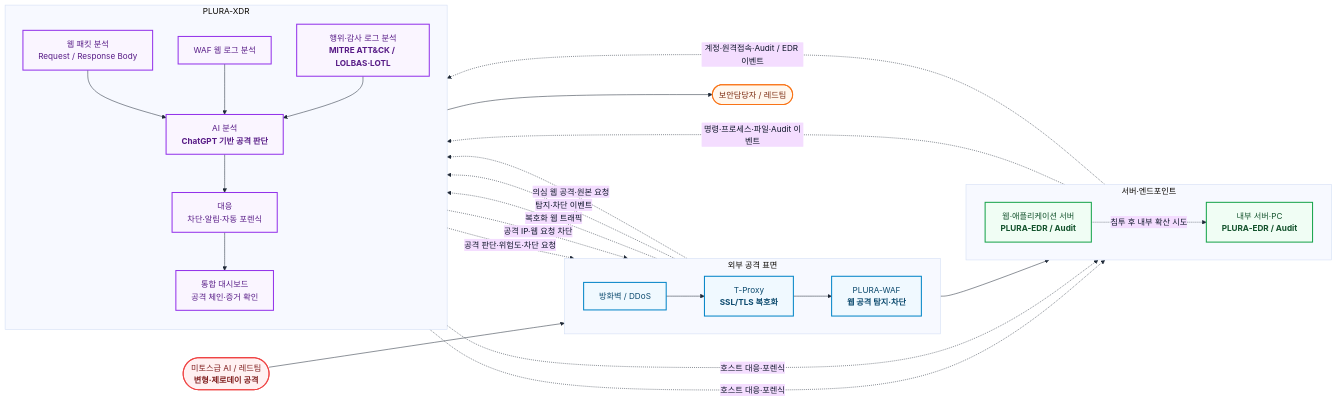
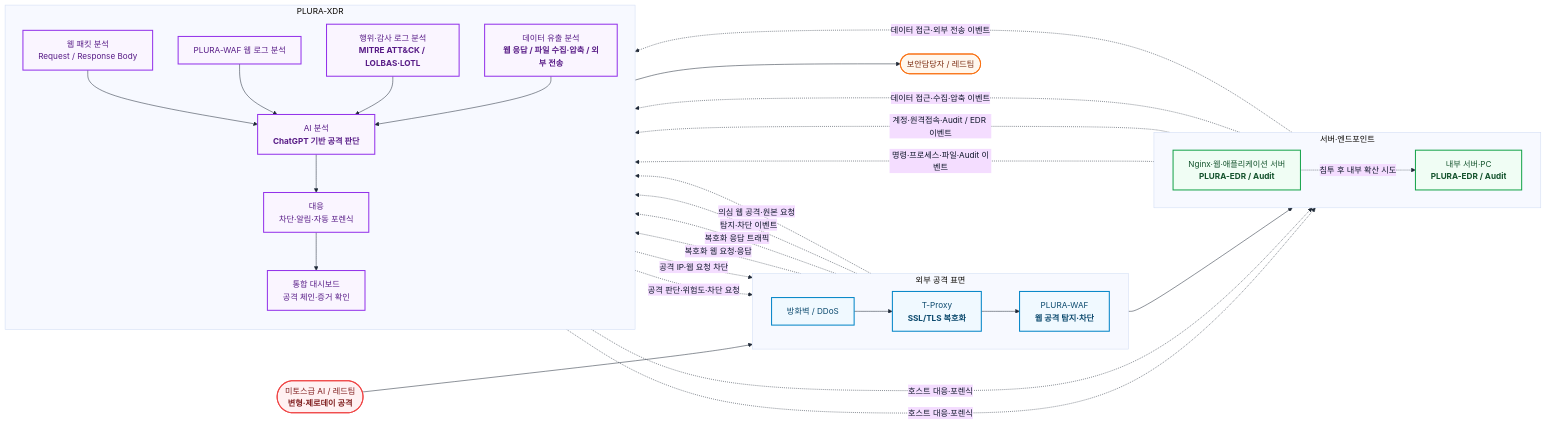
The first of 5 diagrams in ko/proposal/lg/poc-full.md (qubitsec/plura), drawn with Mermaid before and after one commit. The commit also changed other lines of this file, not shown here.

````diff
--- a/ko/proposal/lg/poc-full.md
+++ b/ko/proposal/lg/poc-full.md
@@ -25,74 +29,80 @@
 ```mermaid
 %%{init: {
   "theme": "base",
   "themeVariables": {
     "fontFamily": "Pretendard, Noto Sans KR, Arial",
     "background": "#ffffff",
     "primaryTextColor": "#0f172a",
     "lineColor": "#1f2937"
   }
 }}%%
 
 flowchart LR
 
     ATTACKER(["미토스급 AI / 레드팀<br/><b>변형·제로데이 공격</b>"])
 
     subgraph EDGE["외부 공격 표면"]
         direction LR
         FW["방화벽 / DDoS"]
         TP["T-Proxy<br/><b>SSL/TLS 복호화</b>"]
         WAF["PLURA-WAF<br/><b>웹 공격 탐지·차단</b>"]
     end
 
     subgraph HOST["서버·엔드포인트"]
         direction LR
-        WEB["웹·애플리케이션 서버<br/><b>PLURA-EDR / Audit</b>"]
+        WEB["Nginx·웹·애플리케이션 서버<br/><b>PLURA-EDR / Audit</b>"]
         INTERNAL["내부 서버·PC<br/><b>PLURA-EDR / Audit</b>"]
     end
 
     subgraph XDR["PLURA-XDR"]
         direction TB
         PACKET["웹 패킷 분석<br/>Request / Response Body"]
-        EVENT["WAF 웹 로그 분석"]
+        EVENT["PLURA-WAF 웹 로그 분석"]
         MITRE["행위·감사 로그 분석<br/><b>MITRE ATT&CK / LOLBAS·LOTL</b>"]
+        EXFIL["데이터 유출 분석<br/><b>웹 응답 / 파일 수집·압축 / 외부 전송</b>"]
         AI["AI 분석<br/><b>ChatGPT 기반 공격 판단</b>"]
         RESPONSE["대응<br/>차단·알림·자동 포렌식"]
         DASH["통합 대시보드<br/>공격 체인·증거 확인"]
     end
 
     SOC(["보안담당자 / 레드팀"])
 
     ATTACKER --> FW --> TP --> WAF --> WEB
     WEB -. "침투 후 내부 확산 시도" .-> INTERNAL
 
-    TP -. "복호화 웹 트래픽" .-> PACKET
+    TP -. "복호화 웹 요청·응답" .-> PACKET
+    TP -. "복호화 응답 트래픽" .-> EXFIL
 
     WAF -. "탐지·차단 이벤트" .-> EVENT
     WAF -. "의심 웹 공격·원본 요청" .-> AI
 
     WEB -. "명령·프로세스·파일·Audit 이벤트" .-> MITRE
     INTERNAL -. "계정·원격접속·Audit / EDR 이벤트" .-> MITRE
 
+    WEB -. "데이터 접근·수집·압축 이벤트" .-> EXFIL
+    INTERNAL -. "데이터 접근·외부 전송 이벤트" .-> EXFIL
+
     PACKET --> AI
     EVENT --> AI
     MITRE --> AI
+    EXFIL --> AI
 
     AI -. "공격 판단·위험도·차단 요청" .-> WAF
     AI --> RESPONSE --> DASH --> SOC
 
     RESPONSE -. "공격 IP·웹 요청 차단" .-> WAF
     RESPONSE -. "호스트 대응·포렌식" .-> WEB
     RESPONSE -. "호스트 대응·포렌식" .-> INTERNAL
 
     classDef attack fill:#fff1f2,stroke:#ef4444,stroke-width:2px,color:#7f1d1d;
     classDef edge fill:#f0f9ff,stroke:#0284c7,stroke-width:2px,color:#0c4a6e;
     classDef host fill:#f0fdf4,stroke:#16a34a,stroke-width:2px,color:#14532d;
     classDef xdr fill:#faf5ff,stroke:#9333ea,stroke-width:2px,color:#581c87;
     classDef soc fill:#fff7ed,stroke:#f97316,stroke-width:2px,color:#7c2d12;
 
     class ATTACKER attack;
     class FW,TP,WAF edge;
     class WEB,INTERNAL host;
-    class PACKET,EVENT,MITRE,AI,RESPONSE,DASH xdr;
+    class PACKET,EVENT,MITRE,EXFIL,AI,RESPONSE,DASH xdr;
     class SOC soc;
 ```
````
